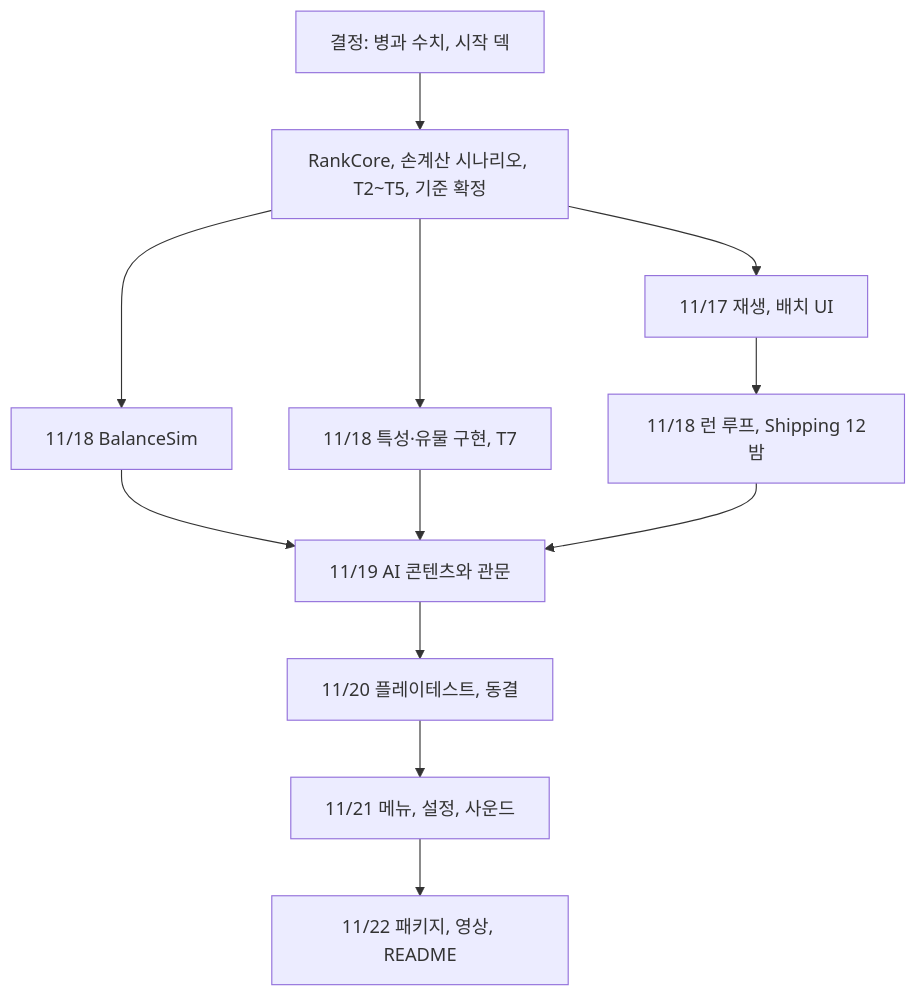
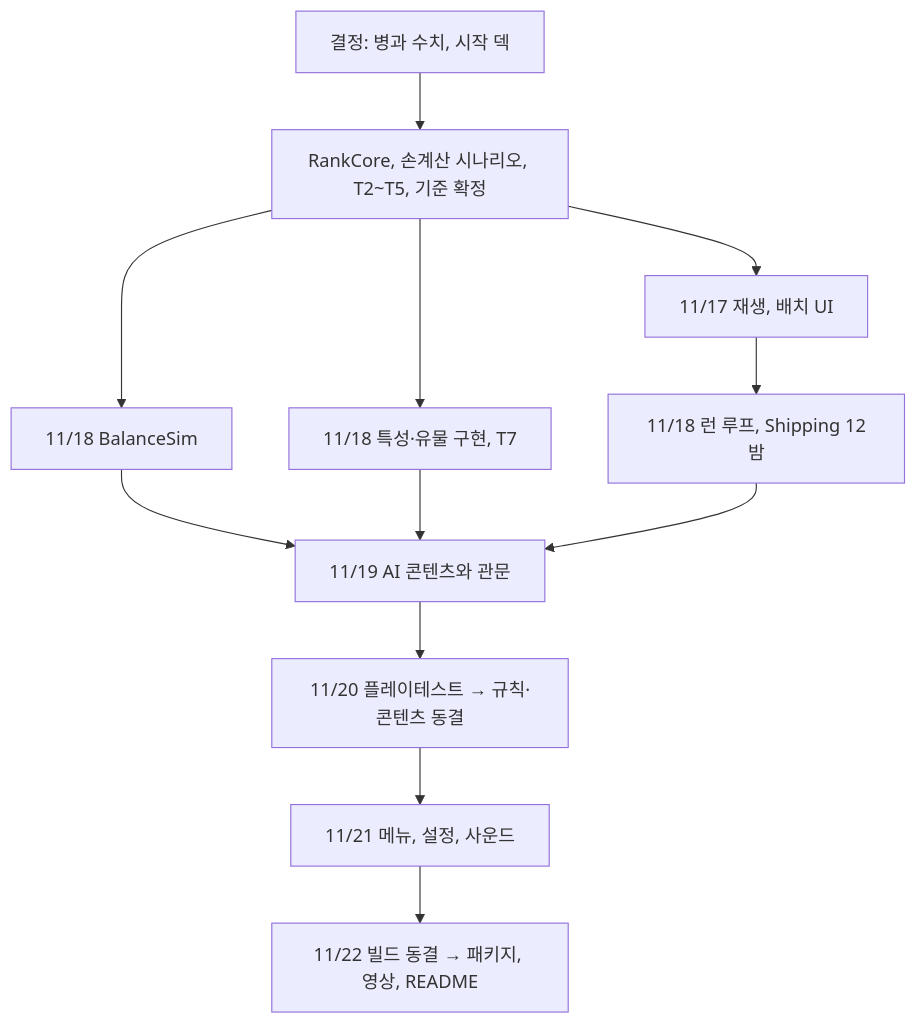
One commit to agnesAqr/rank-and-file changed the fourth of 4 diagrams in docs/design.md. Above: the diagram before and after it, drawn with Mermaid. The commit also changed other lines of this file and 9 other files, not shown here.

````diff
--- a/docs/design.md
+++ b/docs/design.md
@@ -713,14 +715,14 @@
 ```mermaid
 flowchart TD
   D0["결정: 병과 수치, 시작 덱"] --> A["RankCore, 손계산 시나리오, T2~T5, 기준 확정"]
   A --> B["11/17 재생, 배치 UI"]
   A --> S["11/18 BalanceSim"]
   B --> C["11/18 런 루프, Shipping 12밤"]
   A --> TR["11/18 특성·유물 구현, T7"]
   S --> G["11/19 AI 콘텐츠와 관문"]
   TR --> G
   C --> G
-  G --> P["11/20 플레이테스트, 동결"]
+  G --> P["11/20 플레이테스트 → 규칙·콘텐츠 동결"]
   P --> M["11/21 메뉴, 설정, 사운드"]
-  M --> R["11/22 패키지, 영상, README"]
+  M --> R["11/22 빌드 동결 → 패키지, 영상, README"]
 ```
````
